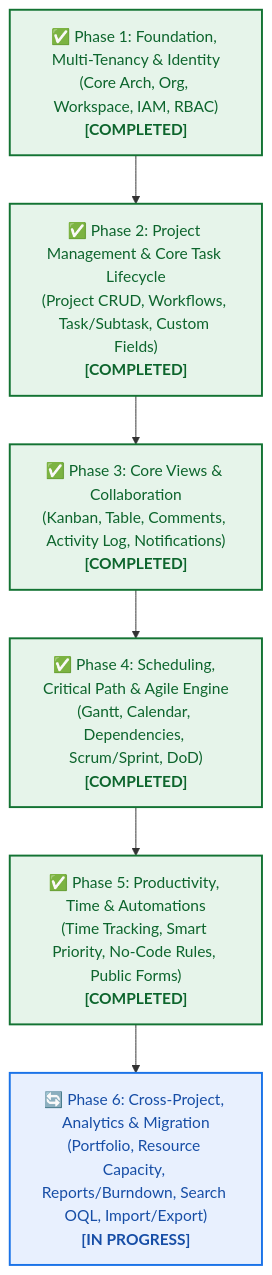
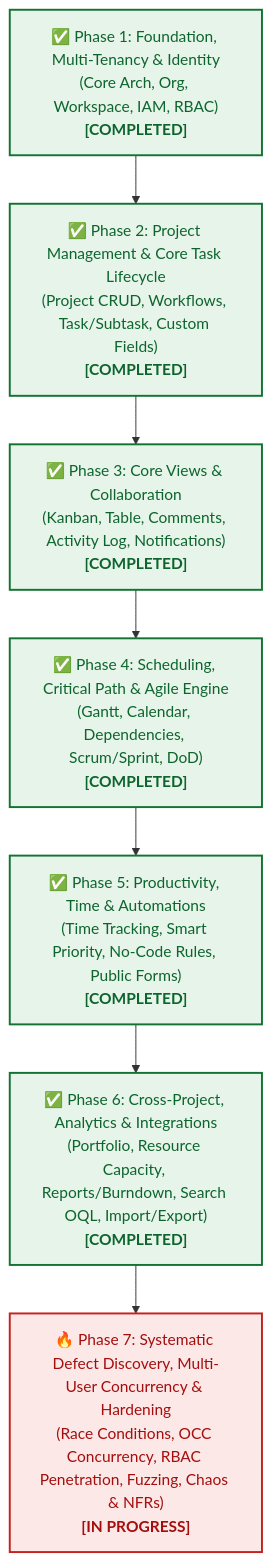
One commit to HuynhTri-dev/omnimer_team_doc changed the diagram in docs/bda/02-phase1-omniproject/omniproject_core/00_DEVELOPMENT_PHASES_ROADMAP.md. Above: the diagram before and after it, drawn with Mermaid. The commit also changed other lines of this file and 3 other files, not shown here.

Commit message:
test: document comprehensive defect discovery campaign and remediation results

````diff
--- a/docs/bda/02-phase1-omniproject/omniproject_core/00_DEVELOPMENT_PHASES_ROADMAP.md
+++ b/docs/bda/02-phase1-omniproject/omniproject_core/00_DEVELOPMENT_PHASES_ROADMAP.md
@@ -11,15 +11,17 @@
 ```mermaid
 flowchart TD
     P1["✅ Phase 1: Foundation, Multi-Tenancy & Identity<br/>(Core Arch, Org, Workspace, IAM, RBAC)<br/><b>[COMPLETED]</b>"] --> P2["✅ Phase 2: Project Management & Core Task Lifecycle<br/>(Project CRUD, Workflows, Task/Subtask, Custom Fields)<br/><b>[COMPLETED]</b>"]
     P2 --> P3["✅ Phase 3: Core Views & Collaboration<br/>(Kanban, Table, Comments, Activity Log, Notifications)<br/><b>[COMPLETED]</b>"]
     P3 --> P4["✅ Phase 4: Scheduling, Critical Path & Agile Engine<br/>(Gantt, Calendar, Dependencies, Scrum/Sprint, DoD)<br/><b>[COMPLETED]</b>"]
     P4 --> P5["✅ Phase 5: Productivity, Time & Automations<br/>(Time Tracking, Smart Priority, No-Code Rules, Public Forms)<br/><b>[COMPLETED]</b>"]
-    P5 --> P6["🔄 Phase 6: Cross-Project, Analytics & Migration<br/>(Portfolio, Resource Capacity, Reports/Burndown, Search OQL, Import/Export)<br/><b>[IN PROGRESS]</b>"]
+    P5 --> P6["✅ Phase 6: Cross-Project, Analytics & Integrations<br/>(Portfolio, Resource Capacity, Reports/Burndown, Search OQL, Import/Export)<br/><b>[COMPLETED]</b>"]
+    P6 --> P7["🔥 Phase 7: Systematic Defect Discovery, Multi-User Concurrency & Hardening<br/>(Race Conditions, OCC Concurrency, RBAC Penetration, Fuzzing, Chaos & NFRs)<br/><b>[IN PROGRESS]</b>"]
 
     style P1 fill:#e6f4ea,stroke:#137333,stroke-width:2px,color:#0d652d
     style P2 fill:#e6f4ea,stroke:#137333,stroke-width:2px,color:#0d652d
     style P3 fill:#e6f4ea,stroke:#137333,stroke-width:2px,color:#0d652d
     style P4 fill:#e6f4ea,stroke:#137333,stroke-width:2px,color:#0d652d
     style P5 fill:#e6f4ea,stroke:#137333,stroke-width:2px,color:#0d652d
-    style P6 fill:#e8f0fe,stroke:#1a73e8,stroke-width:2px,color:#174ea6
+    style P6 fill:#e6f4ea,stroke:#137333,stroke-width:2px,color:#0d652d
+    style P7 fill:#fce8e6,stroke:#c5221f,stroke-width:2px,color:#a50e0e
 ```
````
